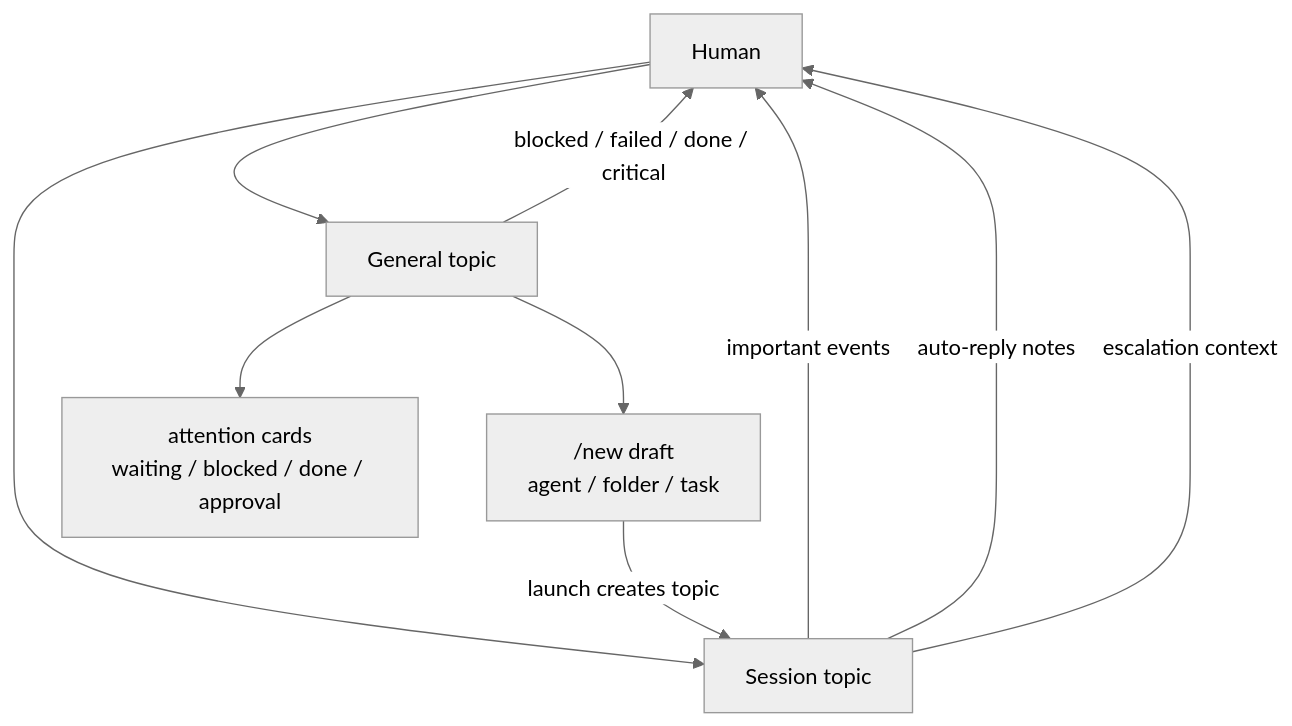
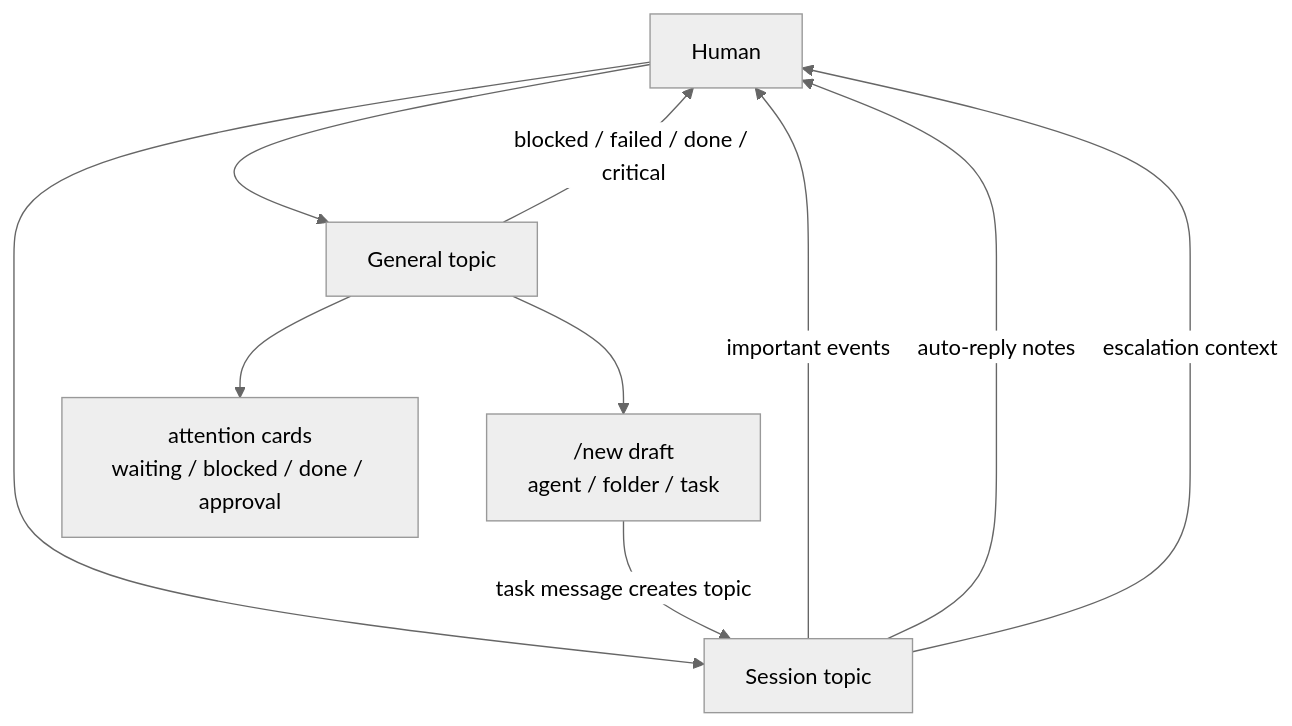
One commit to canhta/vibegram changed the third of 10 diagrams in docs/diagrams.md. Above: the diagram before and after it, drawn with Mermaid (neutral theme). The commit also changed 18 other files, not shown here.

````diff
--- a/docs/diagrams.md
+++ b/docs/diagrams.md
@@ -71,18 +71,18 @@
 ```mermaid
 flowchart TD
     HUMAN["Human"]
     GENERAL["General topic"]
     DRAFT["/new draft<br/>agent / folder / task"]
     SESSION["Session topic"]
     BOARD["attention cards<br/>waiting / blocked / done / approval"]
 
     HUMAN --> GENERAL
     HUMAN --> SESSION
 
     GENERAL --> BOARD
-    GENERAL --> DRAFT -->|"launch creates topic"| SESSION
+    GENERAL --> DRAFT -->|"task message creates topic"| SESSION
     GENERAL -->|"blocked / failed / done / critical"| HUMAN
     SESSION -->|"important events"| HUMAN
     SESSION -->|"auto-reply notes"| HUMAN
     SESSION -->|"escalation context"| HUMAN
 ```
````
